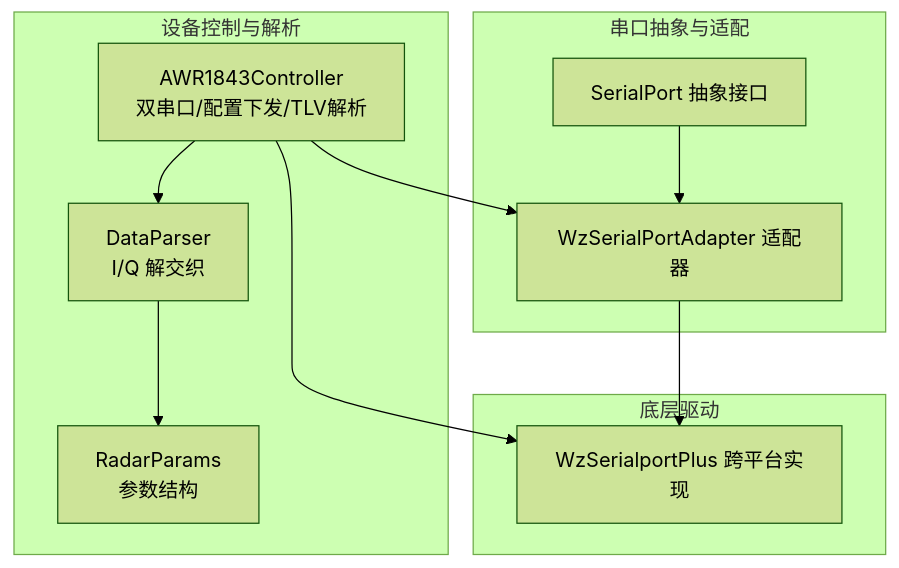
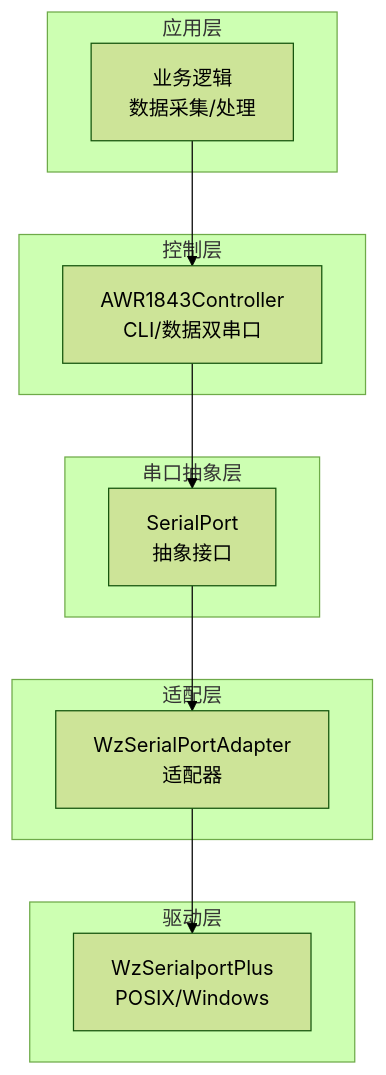
The first of 4 diagrams in .qoder/repowiki/zh/content/雷达与 DCA1000 设备控制/串口通信与 AWR1843 雷达控制.md (Lukad77/awr1843-radar-toolkit), drawn with Mermaid (forest theme) before and after one commit. The commit also changed other lines of this file and 106 other files, not shown here.

````diff
--- a/.qoder/repowiki/zh/content/雷达与 DCA1000 设备控制/串口通信与 AWR1843 雷达控制.md
+++ b/.qoder/repowiki/zh/content/雷达与 DCA1000 设备控制/串口通信与 AWR1843 雷达控制.md
@@ -39,21 +41,22 @@
 ```mermaid
 graph TB
-subgraph "串口抽象与适配"
-SP["SerialPort 抽象接口"]
-WA["WzSerialPortAdapter 适配器"]
+subgraph "应用层"
+APP["业务逻辑<br/>数据采集/处理"]
 end
-subgraph "底层驱动"
-WSP["WzSerialportPlus 跨平台实现"]
+subgraph "控制层"
+CTRL["AWR1843Controller<br/>CLI/数据双串口"]
 end
-subgraph "设备控制与解析"
-CTRL["AWR1843Controller<br/>双串口/配置下发/TLV解析"]
-DP["DataParser<br/>I/Q 解交织"]
-RP["RadarParams<br/>参数结构"]
+subgraph "串口抽象层"
+ABST["SerialPort<br/>抽象接口"]
 end
-SP --> WA
-WA --> WSP
-CTRL --> WA
-CTRL --> WSP
-CTRL --> DP
-DP --> RP
+subgraph "适配层"
+ADPT["WzSerialPortAdapter<br/>适配器"]
+end
+subgraph "驱动层"
+DRV["WzSerialportPlus<br/>POSIX/Windows"]
+end
+APP --> CTRL
+CTRL --> ABST
+ABST --> ADPT
+ADPT --> DRV
 ```
````
